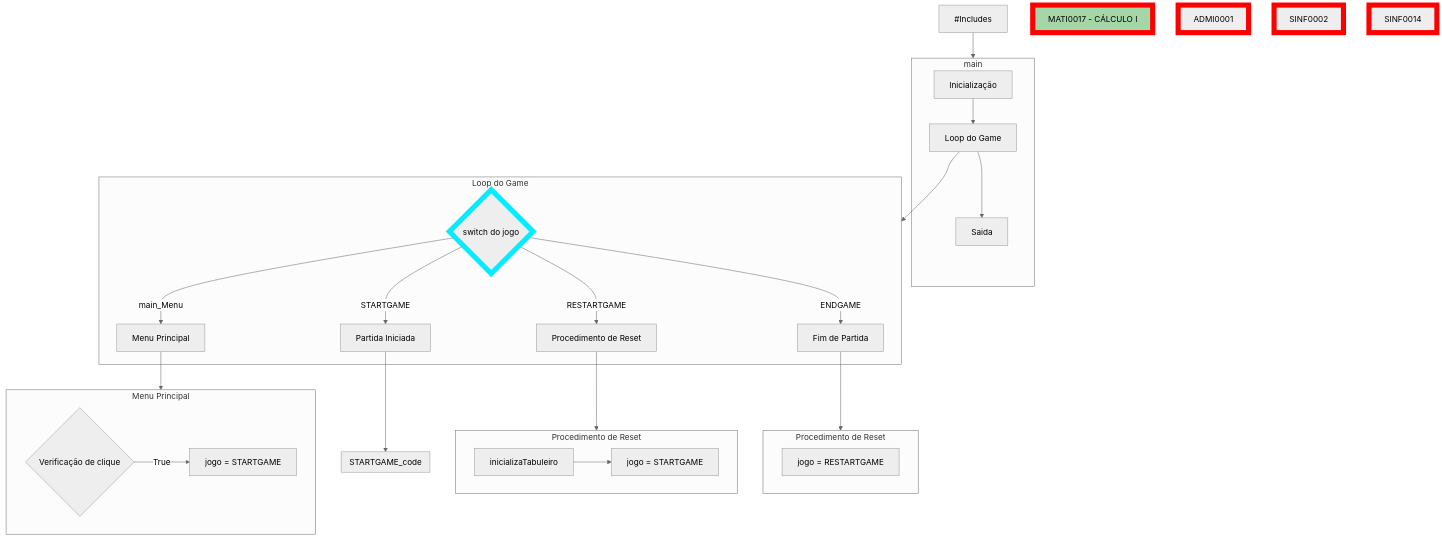
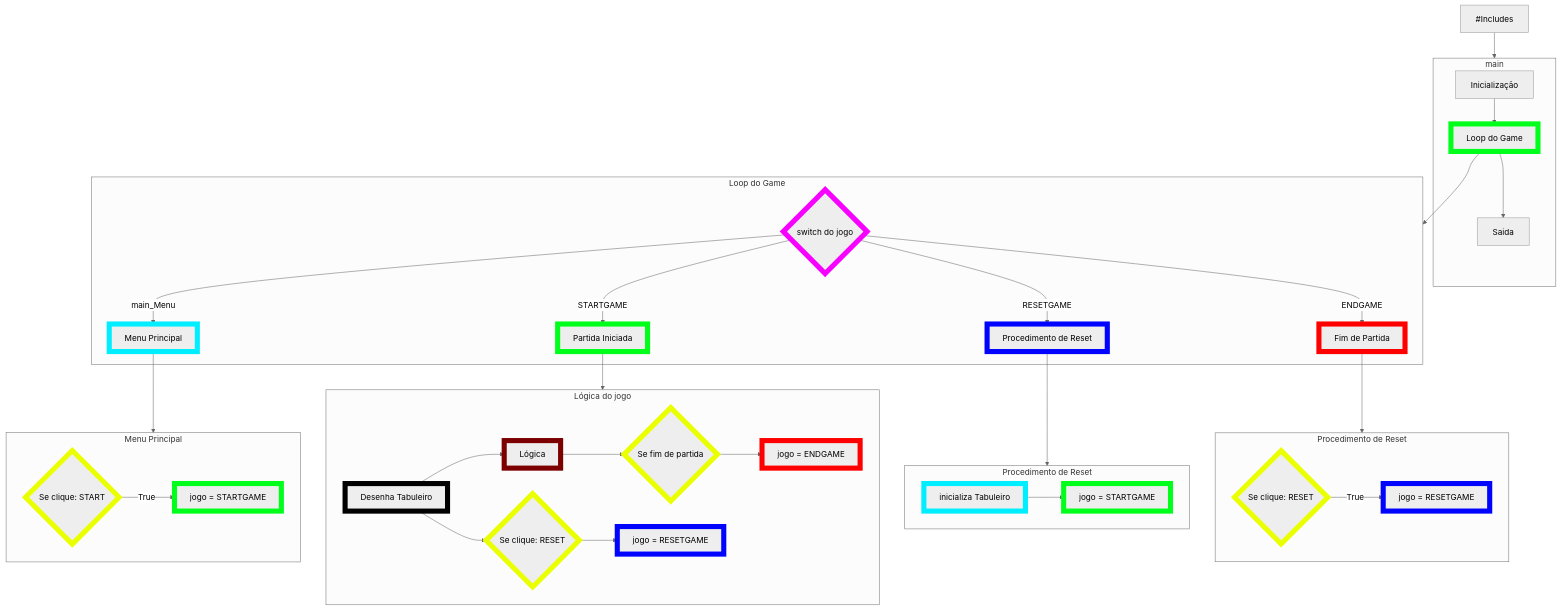
The diagram in Fruxo.md (gabrieljsantos/Resta-Um), drawn with Mermaid (neutral theme) before and after one commit.

Commit message:
FLUXO GRAMA 27/10
FLUXO GRAMA

```diff
--- a/Fruxo.md
+++ b/Fruxo.md
@@ -15,29 +15,37 @@
         main_switch{switch do jogo}
         main_switch -->|main_Menu| menu_principa[Menu Principal]
         main_switch -->|STARTGAME| STARTGAME[Partida Iniciada]
-        main_switch -->|RESTARTGAME| RESTARTGAME[Procedimento de Reset]
+        main_switch -->|RESETGAME| RESETGAME[Procedimento de Reset]
         main_switch -->|ENDGAME| ENDGAME[Fim de Partida]
     end
 
     
     menu_principa --> menu_principa_code
     subgraph menu_principa_code[Menu Principal]
-    if_startButton{Verificação de clique}
+    if_startButton{Se clique: START}
     if_startButton --> |True| play_Game[jogo = STARTGAME]
     end      
 
     STARTGAME --> STARTGAME_code
-    subgraph STARTGAME_code
+    subgraph STARTGAME_code[Lógica do jogo]
+    Desenha_STARTGAME[Desenha Tabuleiro]
+    --> Jogada_STARTGAME[Lógica]
+    --> if_ENDGAME{Se fim de partida} -->fim[jogo = ENDGAME]
+    Desenha_STARTGAME[Desenha Tabuleiro]
+    -->if_RESETBUTTON{Se clique: RESET}
+    --> reset[jogo = RESETGAME]
     end    
     
-    RESTARTGAME --> RESTARTGAME_code
+    RESETGAME --> RESTARTGAME_code
     subgraph RESTARTGAME_code[Procedimento de Reset]
-    reset_tabuleiro_RESTARTGAME[inicializaTabuleiro] --> STARTGAME_RESTARTGAME[jogo = STARTGAME]
+    reset_tabuleiro_RESTARTGAME[inicializa Tabuleiro] --> STARTGAME_RESTARTGAME[jogo = STARTGAME]
     end
 
     ENDGAME --> ENDGAME_code
     subgraph ENDGAME_code[Procedimento de Reset]
-        STARTGAME_ENDGAME[jogo = RESTARTGAME]
+    if_resetButton{Se clique: RESET}
+    if_resetButton --> |True| STARTGAME_ENDGAME[jogo = RESETGAME]
+        
     end
 
 
@@ -46,18 +54,24 @@
   %% Separação Por Niveis:
   
 
-  main_switch:::N4
-  MATI0017:::N1
-  ADMI0001:::N1
-  SINF0002:::N1
-  SINF0014:::N1
-
-
-
-
-
-  %% ==== N1 ====
-  MATI0017[MATI0017 - CÁLCULO I]:::done
+  RESETGAME:::N5
+  STARTGAME_ENDGAME:::N5
+  reset:::N5
+  main_switch:::N6
+  mainwhile:::N8
+  if_startButton:::N2
+  if_resetButton:::N2
+  if_RESETBUTTON:::N2
+  if_ENDGAME:::N2                  
+  Jogada_STARTGAME:::N7                  
+  Desenha_STARTGAME:::N9                  
+  fim:::N1                  
+  ENDGAME:::N1                  
+  play_Game:::N8 
+  STARTGAME_RESTARTGAME:::N8                 
+  STARTGAME:::N8                 
+  menu_principa:::N4                 
+  reset_tabuleiro_RESTARTGAME:::N4                 
 
 
 
```
